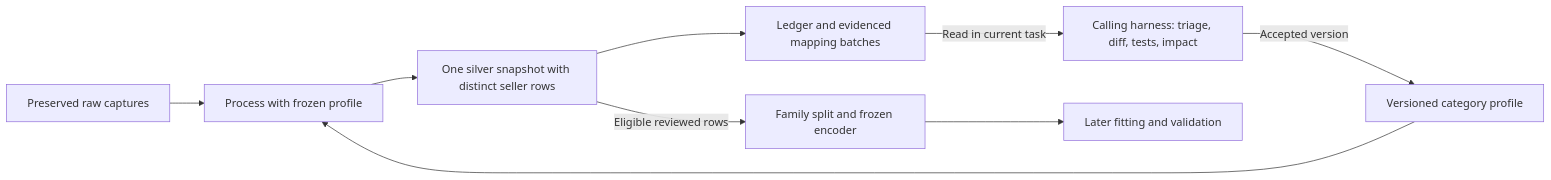
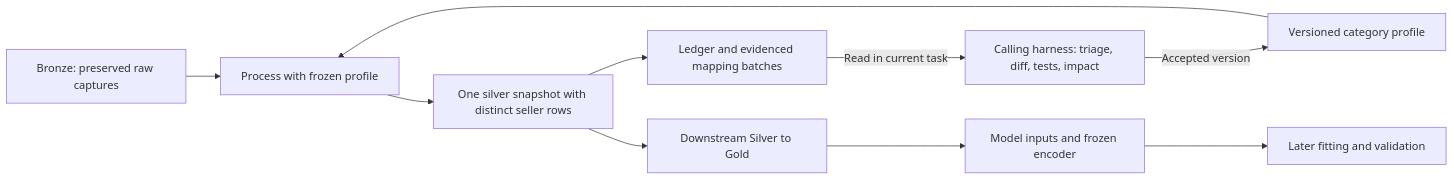
Before and after one commit to CoralLeiCN/rgc: the diagram in docs/data/category-processing.md, drawn with Mermaid. The commit also changed other lines of this file and 44 other files, not shown here.

Commit message:
Separate schema creation and organize Bronze records by source

````diff
--- a/docs/data/category-processing.md
+++ b/docs/data/category-processing.md
@@ -44,11 +60,12 @@
 ```mermaid
 flowchart LR
-    R[Preserved raw captures] --> P[Process with frozen profile]
+    R[Bronze: preserved raw captures] --> P[Process with frozen profile]
     C[Versioned category profile] --> P
     P --> S[One silver snapshot with distinct seller rows]
     S --> B[Ledger and evidenced mapping batches]
     B -->|Read in current task| H[Calling harness: triage, diff, tests, impact]
     H -->|Accepted version| C
-    S -->|Eligible reviewed rows| M[Family split and frozen encoder]
+    S --> G[Downstream Silver to Gold]
+    G --> M[Model inputs and frozen encoder]
     M --> F[Later fitting and validation]
 ```
````
